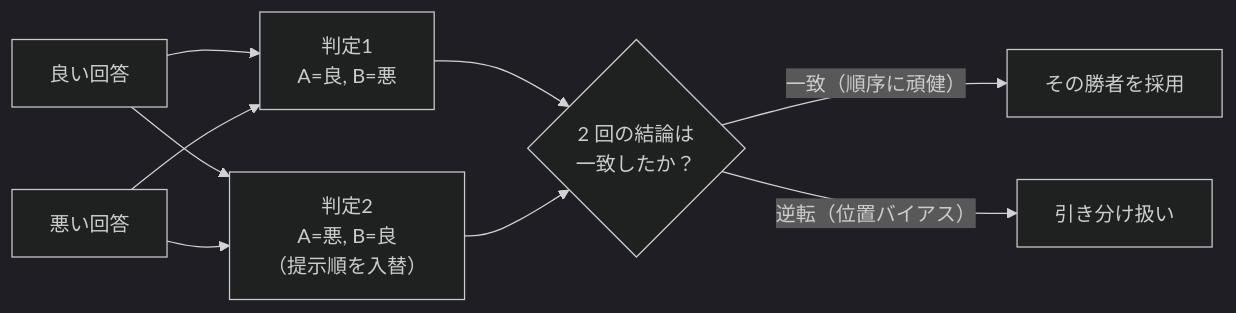
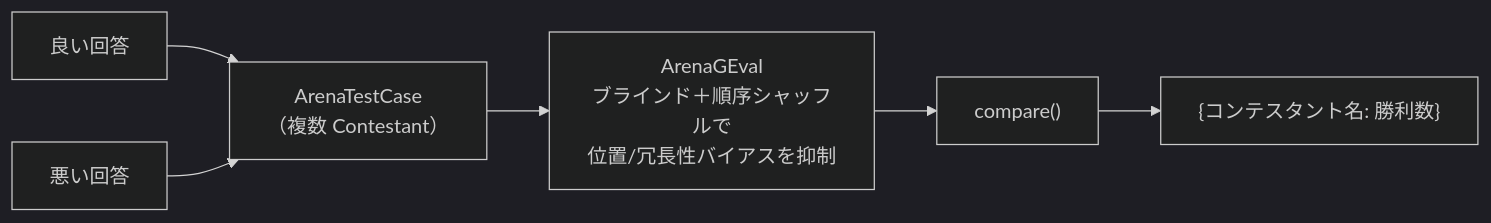
One commit to Yagami360/ai-product-dev-tips changed the second of 2 diagrams in nlp_processing/62/README.md. Above: the diagram before and after it, drawn with Mermaid (dark theme). The commit also changed other lines of this file and 3 other files, not shown here.

Commit message:
nlp_processing/62 更新: LLM-as-judge を DeepEval（GEval / ArenaGEval）ベースに書き換え、タイトルも更新

````diff
--- a/nlp_processing/62/README.md
+++ b/nlp_processing/62/README.md
@@ -62,11 +62,8 @@
 ```mermaid
 flowchart LR
-  G["良い回答"] --> P1
-  B["悪い回答"] --> P1
-  G --> P2
-  B --> P2
-  P1["判定1<br/>A=良, B=悪"] --> C{"2 回の結論は<br/>一致したか？"}
-  P2["判定2<br/>A=悪, B=良<br/>（提示順を入替）"] --> C
-  C -- "一致（順序に頑健）" --> W["その勝者を採用"]
-  C -- "逆転（位置バイアス）" --> T["引き分け扱い"]
+  G["良い回答"] --> AT["ArenaTestCase<br/>（複数 Contestant）"]
+  B["悪い回答"] --> AT
+  AT --> AG["ArenaGEval<br/>ブラインド＋順序シャッフルで<br/>位置/冗長性バイアスを抑制"]
+  AG --> CMP["compare()"]
+  CMP --> R["{コンテスタント名: 勝利数}"]
 ```
````
